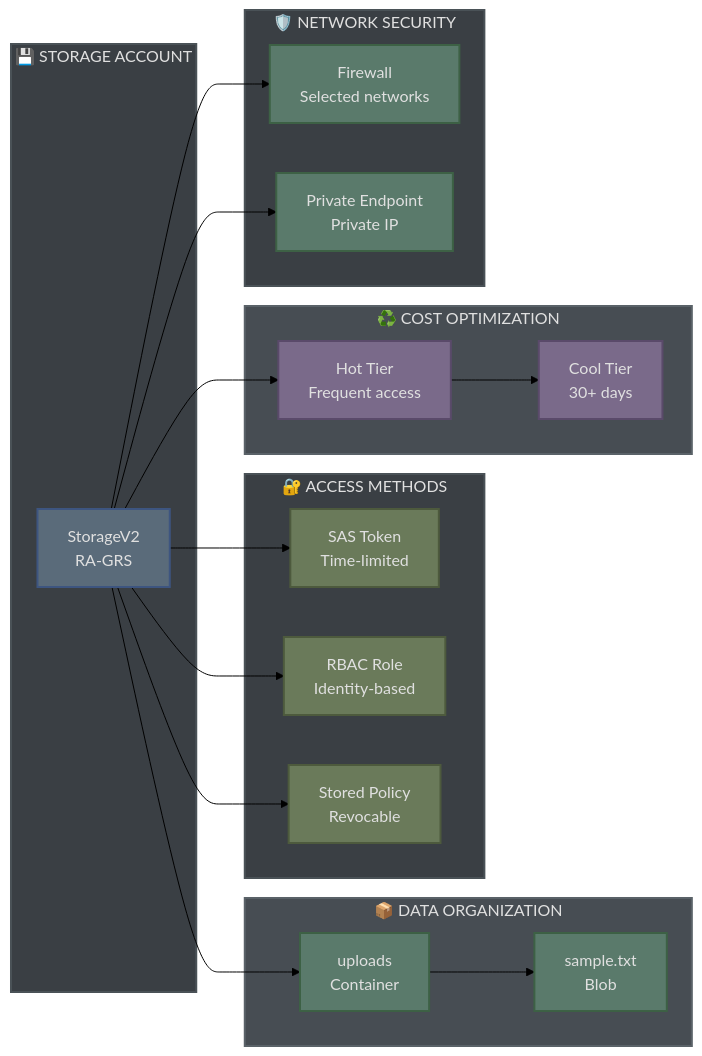
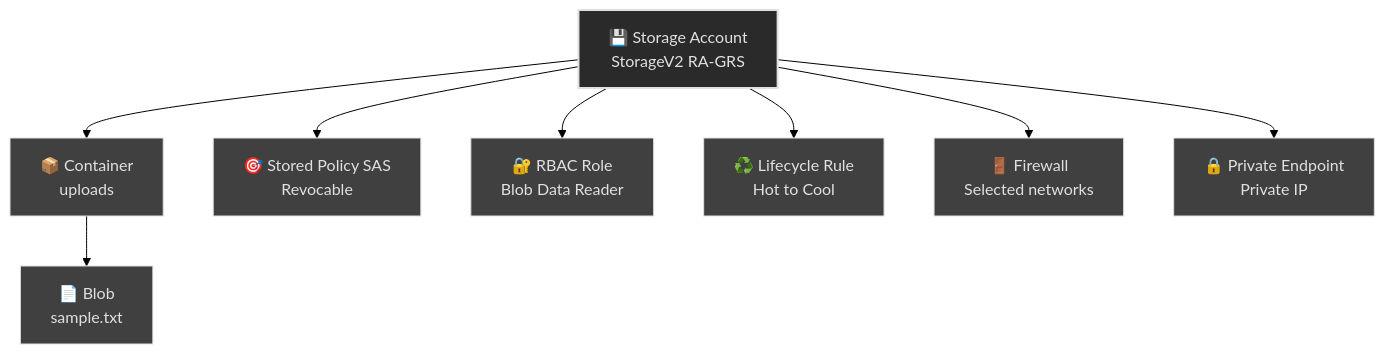
The first of 2 diagrams in 02-secure-storage/README.md (rubak714/azure-system-administration), drawn with Mermaid (forest theme) before and after one commit. The commit also changed other lines of this file, not shown here.

First line of the commit message:
docs: redesign storage diagrams and add deep explanations for complex topics

````diff
--- a/02-secure-storage/README.md
+++ b/02-secure-storage/README.md
@@ -39,53 +39,35 @@
 ```mermaid
-graph LR
-    subgraph Storage["💾 STORAGE ACCOUNT"]
-        SA["StorageV2<br/>RA-GRS"]
-    end
+graph TB
+    ACC["💾 Storage Account<br/>StorageV2 RA-GRS"]
     
-    subgraph Data["📦 DATA ORGANIZATION"]
-        CON["uploads<br/>Container"]
-        BLOB["sample.txt<br/>Blob"]
-        CON --> BLOB
-    end
+    CON["📦 Container<br/>uploads"]
     
-    subgraph Access["🔐 ACCESS METHODS"]
-        SAS["SAS Token<br/>Time-limited"]
-        RBAC["RBAC Role<br/>Identity-based"]
-        SAP["Stored Policy<br/>Revocable"]
-    end
+    BLOB["📄 Blob<br/>sample.txt"]
     
-    subgraph Lifecycle["♻️ COST OPTIMIZATION"]
-        HOT["Hot Tier<br/>Frequent access"]
-        COOL["Cool Tier<br/>30+ days"]
-        HOT --> COOL
-    end
+    SAP["🎯 Stored Policy SAS<br/>Revocable"]
     
-    subgraph Network["🛡️ NETWORK SECURITY"]
-        FW["Firewall<br/>Selected networks"]
-        PE["Private Endpoint<br/>Private IP"]
-    end
+    RBAC["🔐 RBAC Role<br/>Blob Data Reader"]
     
-    SA --> CON
-    SA --> SAS
-    SA --> RBAC
-    SA --> SAP
-    SA --> HOT
-    SA --> FW
-    SA --> PE
+    LIFE["♻️ Lifecycle Rule<br/>Hot to Cool"]
     
-    style Storage fill:#3a3f44,stroke:#4a5257,stroke-width:2px,color:#e0e0e0
-    style Data fill:#474d53,stroke:#5a6268,stroke-width:2px,color:#e0e0e0
-    style Access fill:#3a3f44,stroke:#4a5257,stroke-width:2px,color:#e0e0e0
-    style Lifecycle fill:#474d53,stroke:#5a6268,stroke-width:2px,color:#e0e0e0
-    style Network fill:#3a3f44,stroke:#4a5257,stroke-width:2px,color:#e0e0e0
-    style SA fill:#5a6b7a,stroke:#3d5580,stroke-width:2px,color:#e0e0e0
-    style CON fill:#5a7a6b,stroke:#3d6145,stroke-width:2px,color:#e0e0e0
-    style BLOB fill:#5a7a6b,stroke:#3d6145,stroke-width:2px,color:#e0e0e0
-    style SAS fill:#6a7a5a,stroke:#4d5a3d,stroke-width:2px,color:#e0e0e0
-    style RBAC fill:#6a7a5a,stroke:#4d5a3d,stroke-width:2px,color:#e0e0e0
-    style SAP fill:#6a7a5a,stroke:#4d5a3d,stroke-width:2px,color:#e0e0e0
-    style HOT fill:#7a6a8a,stroke:#5a4a6a,stroke-width:2px,color:#e0e0e0
-    style COOL fill:#7a6a8a,stroke:#5a4a6a,stroke-width:2px,color:#e0e0e0
-    style FW fill:#5a7a6b,stroke:#3d6145,stroke-width:2px,color:#e0e0e0
-    style PE fill:#5a7a6b,stroke:#3d6145,stroke-width:2px,color:#e0e0e0
+    FW["🚪 Firewall<br/>Selected networks"]
+    
+    PE["🔒 Private Endpoint<br/>Private IP"]
+    
+    ACC --> CON
+    CON --> BLOB
+    ACC --> SAP
+    ACC --> RBAC
+    ACC --> LIFE
+    ACC --> FW
+    ACC --> PE
+    
+    style ACC fill:#2a2a2a,stroke:#e0e0e0,stroke-width:2px,color:#e0e0e0
+    style CON fill:#404040,stroke:#e0e0e0,stroke-width:1px,color:#e0e0e0
+    style BLOB fill:#404040,stroke:#e0e0e0,stroke-width:1px,color:#e0e0e0
+    style SAP fill:#404040,stroke:#e0e0e0,stroke-width:1px,color:#e0e0e0
+    style RBAC fill:#404040,stroke:#e0e0e0,stroke-width:1px,color:#e0e0e0
+    style LIFE fill:#404040,stroke:#e0e0e0,stroke-width:1px,color:#e0e0e0
+    style FW fill:#404040,stroke:#e0e0e0,stroke-width:1px,color:#e0e0e0
+    style PE fill:#404040,stroke:#e0e0e0,stroke-width:1px,color:#e0e0e0
 ```
````
